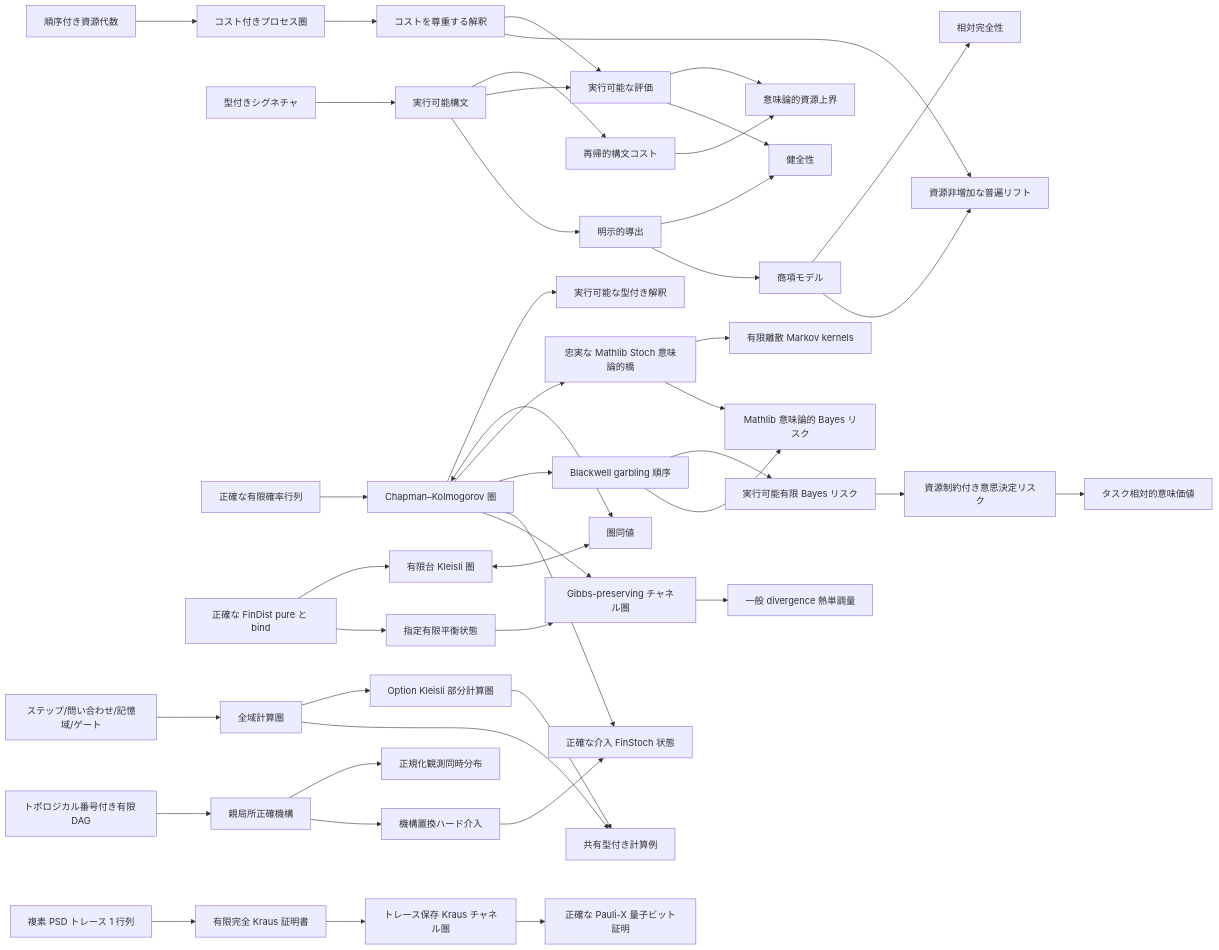
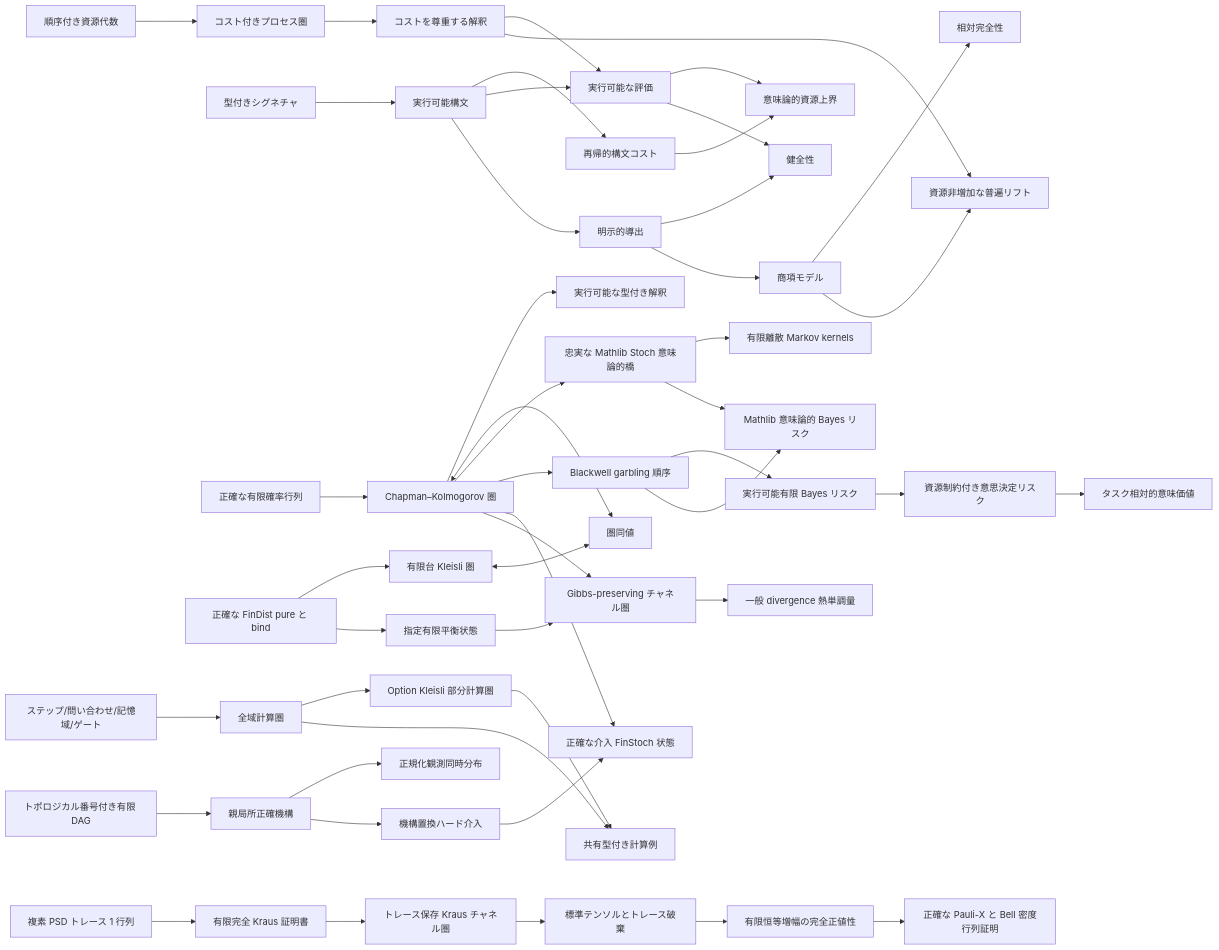
The diagram in docs/README.ja.md (miuchan/ript), drawn with Mermaid before and after one commit. The commit also changed other lines of this file and 11 other files, not shown here.

````diff
--- a/docs/README.ja.md
+++ b/docs/README.ja.md
@@ -464,47 +481,49 @@
 ```mermaid
 flowchart LR
   R["順序付き資源代数"] --> C["コスト付きプロセス圏"]
   S["型付きシグネチャ"] --> X["実行可能構文"]
   X --> K["再帰的構文コスト"]
   C --> I["コストを尊重する解釈"]
   X --> E["実行可能な評価"]
   I --> E
   K --> B["意味論的資源上界"]
   E --> B
   X --> D["明示的導出"]
   D --> SO["健全性"]
   E --> SO
   D --> T["商項モデル"]
   T --> CO["相対完全性"]
   I --> U["資源非増加な普遍リフト"]
   T --> U
   F["正確な有限確率行列"] --> CK["Chapman–Kolmogorov 圏"]
   CK --> EX["実行可能な型付き解釈"]
   FD["正確な FinDist pure と bind"] --> KL["有限台 Kleisli 圏"]
   CK <--> EQ["圏同値"]
   KL <--> EQ
   CK --> ST["忠実な Mathlib Stoch 意味論的橋"]
   ST --> MT["有限離散 Markov kernels"]
   CK --> BW["Blackwell garbling 順序"]
   ST --> SB["Mathlib 意味論的 Bayes リスク"]
   BW --> FR["実行可能有限 Bayes リスク"]
   FR --> RR["資源制約付き意思決定リスク"]
   RR --> SV["タスク相対的意味価値"]
   BW --> SB
   CR["ステップ/問い合わせ/記憶域/ゲート"] --> TC["全域計算圏"]
   TC --> PC["Option Kleisli 部分計算圏"]
   TC --> CE["共有型付き計算例"]
   PC --> CE
   DAG["トポロジカル番号付き有限 DAG"] --> CM["親局所正確機構"]
   CM --> OJ["正規化観測同時分布"]
   CM --> DO["機構置換ハード介入"]
   DO --> IS["正確な介入 FinStoch 状態"]
   CK --> IS
   FD --> TE["指定有限平衡状態"]
   CK --> GP["Gibbs-preserving チャネル圏"]
   TE --> GP
   GP --> TM["一般 divergence 熱単調量"]
   QB["複素 PSD トレース 1 行列"] --> QK["有限完全 Kraus 証明書"]
   QK --> QC["トレース保存 Kraus チャネル圏"]
-  QC --> QX["正確な Pauli-X 量子ビット証明"]
+  QC --> QT["標準テンソルとトレース破棄"]
+  QT --> QP["有限恒等増幅の完全正値性"]
+  QP --> QX["正確な Pauli-X と Bell 密度行列証明"]
 ```
````
